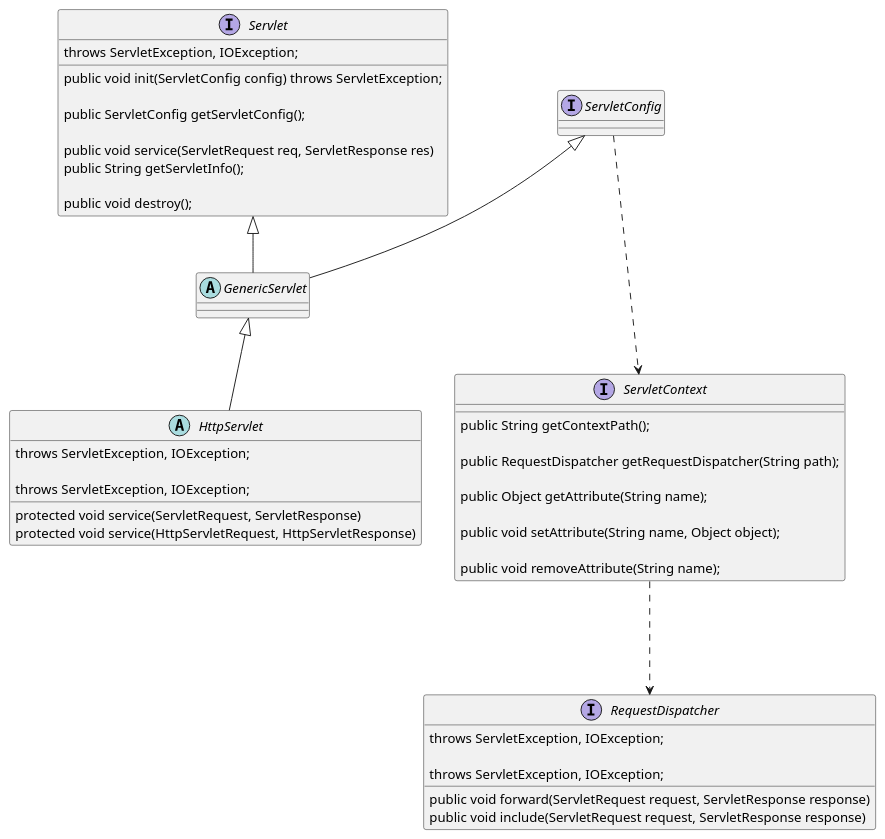
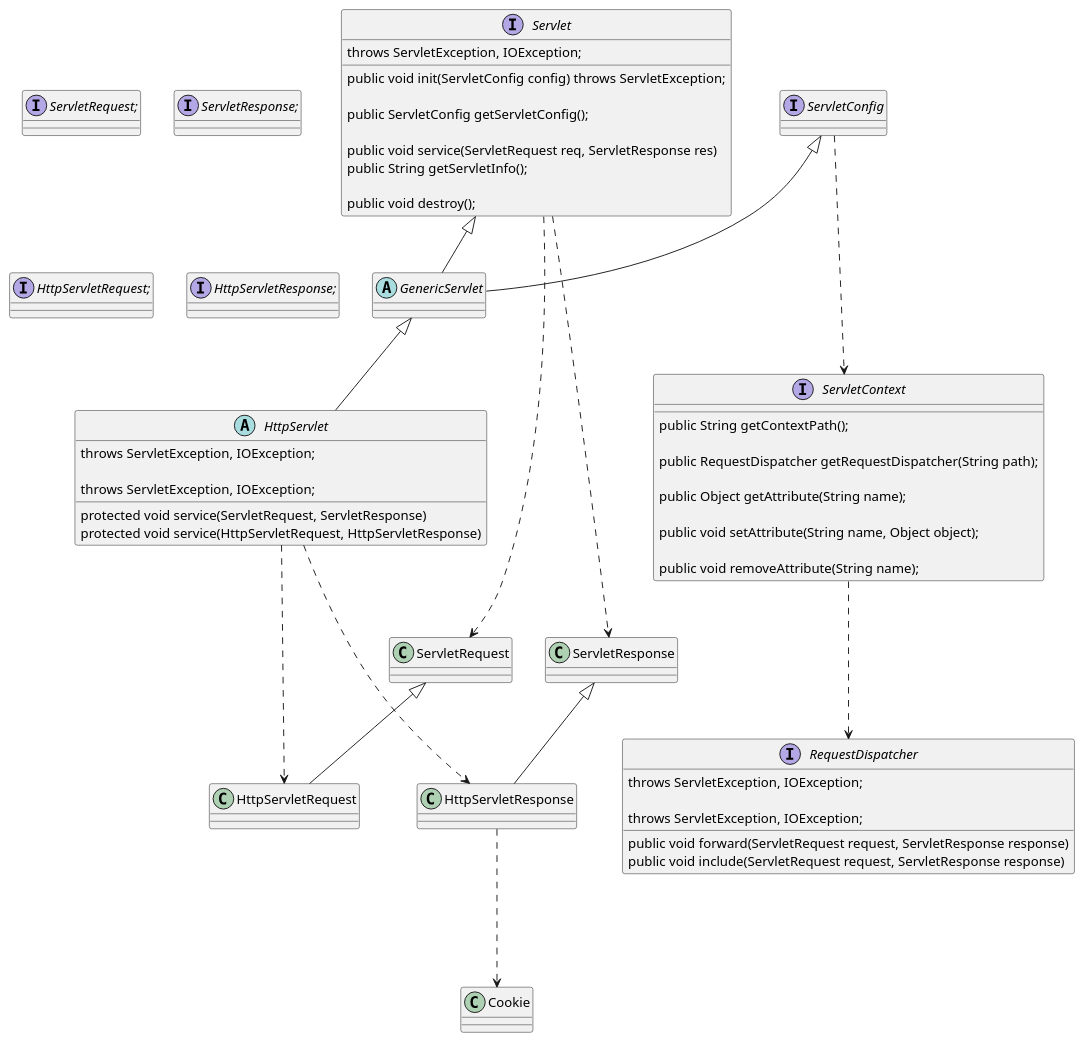
Before and after one commit to physicsLoveJava/java-miscellaneous: the diagram in casual-things/src/main/resources/framework-uml/java-sources/servlet/servlet.puml, drawn with PlantUML.

Commit message:
add @java-sources request-response class diagram

```diff
--- a/casual-things/src/main/resources/framework-uml/java-sources/servlet/servlet.puml
+++ b/casual-things/src/main/resources/framework-uml/java-sources/servlet/servlet.puml
@@ -1,58 +1,70 @@
 @startuml
 
 
 interface Servlet {
     public void init(ServletConfig config) throws ServletException;
 
     public ServletConfig getServletConfig();
 
     public void service(ServletRequest req, ServletResponse res)
     throws ServletException, IOException;
 
     public String getServletInfo();
 
     public void destroy();
 }
 
 interface ServletConfig
 
 abstract class GenericServlet
 
 abstract class HttpServlet {
     protected void service(ServletRequest, ServletResponse)
     throws ServletException, IOException;
 
     protected void service(HttpServletRequest, HttpServletResponse)
     throws ServletException, IOException;
 }
 
 interface ServletContext {
 
     public String getContextPath();
 
     public RequestDispatcher getRequestDispatcher(String path);
 
     public Object getAttribute(String name);
 
     public void setAttribute(String name, Object object);
 
     public void removeAttribute(String name);
 }
 
 interface RequestDispatcher {
     public void forward(ServletRequest request, ServletResponse response)
     	throws ServletException, IOException;
 
     public void include(ServletRequest request, ServletResponse response)
     	throws ServletException, IOException;
 }
 
+interface ServletRequest;
+interface ServletResponse;
+interface HttpServletRequest;
+interface HttpServletResponse;
 
 Servlet <|-- GenericServlet
 ServletConfig <|-- GenericServlet
 GenericServlet <|-- HttpServlet
 ServletConfig .--> ServletContext
 ServletContext .--> RequestDispatcher
+ServletRequest <|-- HttpServletRequest
+ServletResponse <|-- HttpServletResponse
+Servlet .--> ServletRequest
+Servlet .--> ServletResponse
+HttpServlet .--> HttpServletRequest
+HttpServlet .--> HttpServletResponse
+HttpServletResponse .--> Cookie
+
 
 
 @enduml
```
